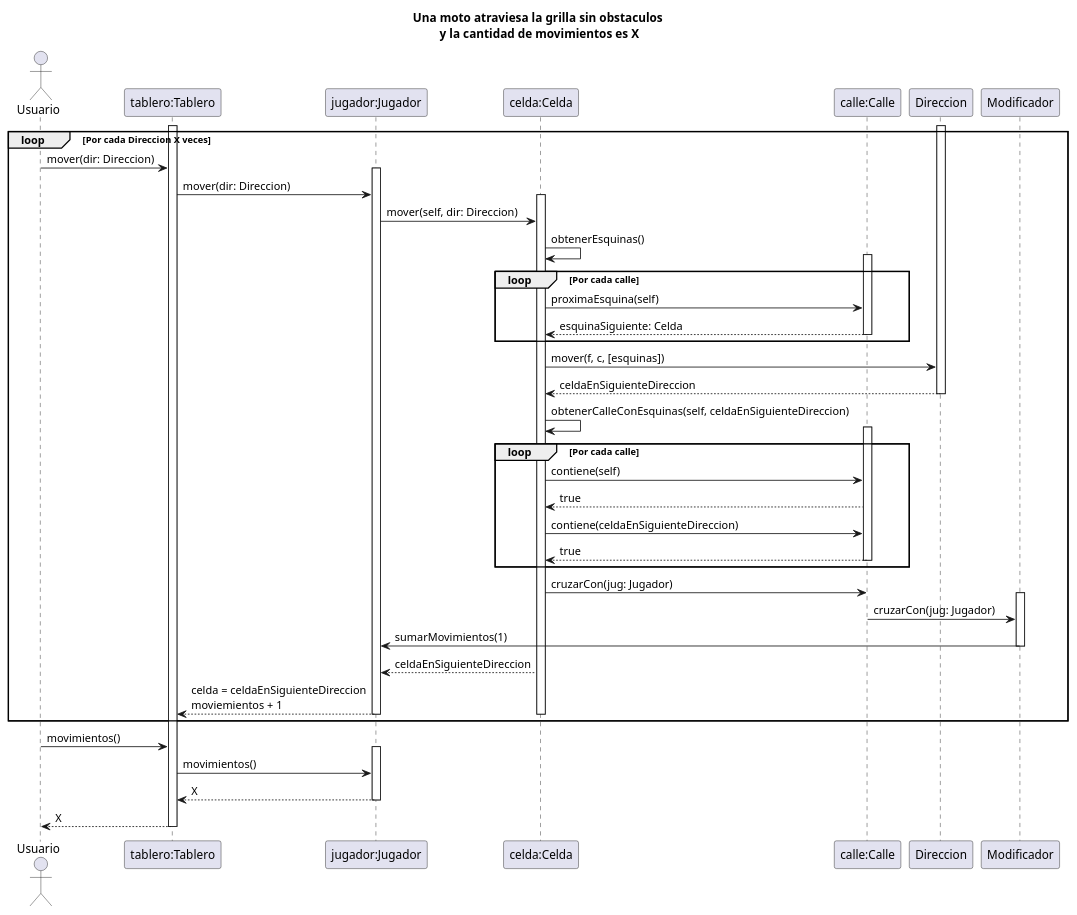
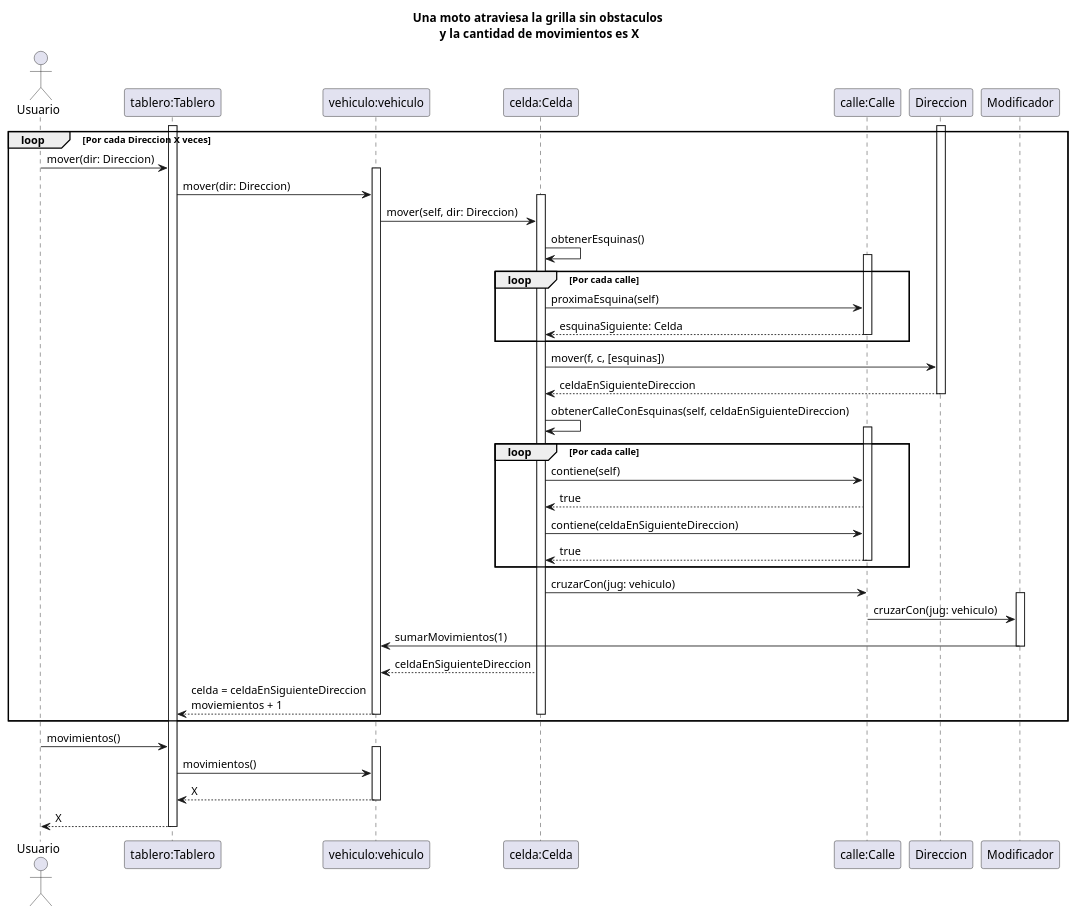
One commit to tomasayala/algo3_tp2_1C2022 changed the diagram in diagrams/sequences/SecuenciaUnaMotoCruzaLaGrillaSinObstaculos/SecuenciaUnaMotoCruzaLaGrillaSinObstaculos.puml. Above: the diagram before and after it, drawn with PlantUML. The commit also changed 44 other files, not shown here.

```diff
--- a/diagrams/sequences/SecuenciaUnaMotoCruzaLaGrillaSinObstaculos/SecuenciaUnaMotoCruzaLaGrillaSinObstaculos.puml
+++ b/diagrams/sequences/SecuenciaUnaMotoCruzaLaGrillaSinObstaculos/SecuenciaUnaMotoCruzaLaGrillaSinObstaculos.puml
@@ -1,89 +1,89 @@
 @startuml SecuenciaUnaMotoCruzaLaGrillaSinObstaculos
 
 title Una moto atraviesa la grilla sin obstaculos\n y la cantidad de movimientos es X
 
 Actor Usuario as user
 participant "tablero:Tablero" as tablero
-participant "jugador:Jugador" as jugador
+participant "vehiculo:vehiculo" as vehiculo
 participant "celda:Celda" as celda
 participant "calle:Calle" as calle
 participant "Direccion" as direccion
 participant "Modificador" as modificador
 
 activate tablero
 
 loop Por cada Direccion X veces
 
     user -> tablero: mover(dir: Direccion)
 
-    activate jugador
+    activate vehiculo
 
-    tablero -> jugador: mover(dir: Direccion)
+    tablero -> vehiculo: mover(dir: Direccion)
 
     activate celda
 
-    jugador -> celda: mover(self, dir: Direccion)
+    vehiculo -> celda: mover(self, dir: Direccion)
     celda -> celda: obtenerEsquinas()
 
     loop Por cada calle
         activate calle
 
         celda -> calle: proximaEsquina(self)
         calle --> celda: esquinaSiguiente: Celda
 
         deactivate calle
     end
 
     activate direccion
 
     celda -> direccion: mover(f, c, [esquinas])
     direccion --> celda: celdaEnSiguienteDireccion
 
     deactivate direccion
 
     celda -> celda: obtenerCalleConEsquinas(self, celdaEnSiguienteDireccion)
 
     loop Por cada calle
         activate calle
 
         celda -> calle: contiene(self)
         calle --> celda: true
         celda -> calle: contiene(celdaEnSiguienteDireccion)
         calle --> celda: true
 
         deactivate calle
     end
 
     activate calle
 
-    celda -> calle: cruzarCon(jug: Jugador)
+    celda -> calle: cruzarCon(jug: vehiculo)
 
     activate modificador
 
-    calle -> modificador: cruzarCon(jug: Jugador)
-    modificador -> jugador: sumarMovimientos(1)
+    calle -> modificador: cruzarCon(jug: vehiculo)
+    modificador -> vehiculo: sumarMovimientos(1)
 
     deactivate modificador
     deactivate calle
 
-    celda --> jugador: celdaEnSiguienteDireccion
-    jugador --> tablero: celda = celdaEnSiguienteDireccion\nmoviemientos + 1
+    celda --> vehiculo: celdaEnSiguienteDireccion
+    vehiculo --> tablero: celda = celdaEnSiguienteDireccion\nmoviemientos + 1
 
     deactivate celda
-    deactivate jugador
+    deactivate vehiculo
 
 end
 
 
 user -> tablero: movimientos()
 
-activate jugador
-tablero -> jugador: movimientos()
-jugador --> tablero: X
-deactivate jugador
+activate vehiculo
+tablero -> vehiculo: movimientos()
+vehiculo --> tablero: X
+deactivate vehiculo
 
 tablero --> user: X
 
 deactivate tablero
 
 @enduml
```
